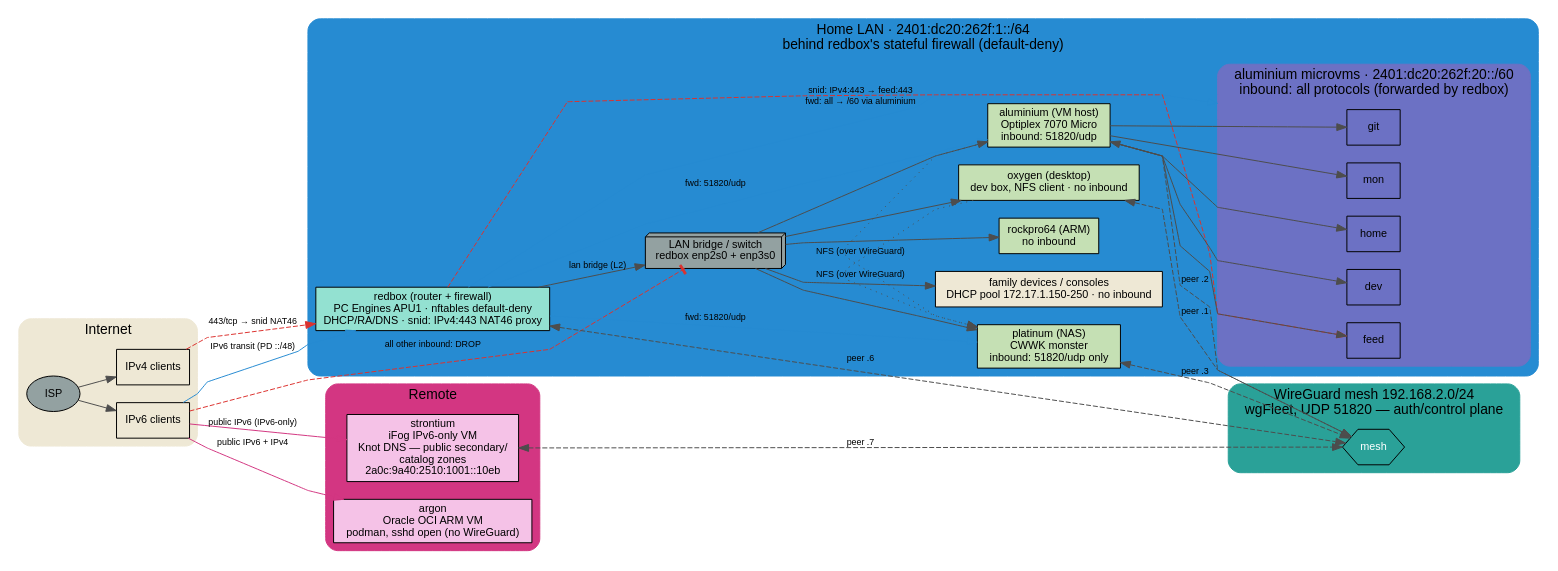
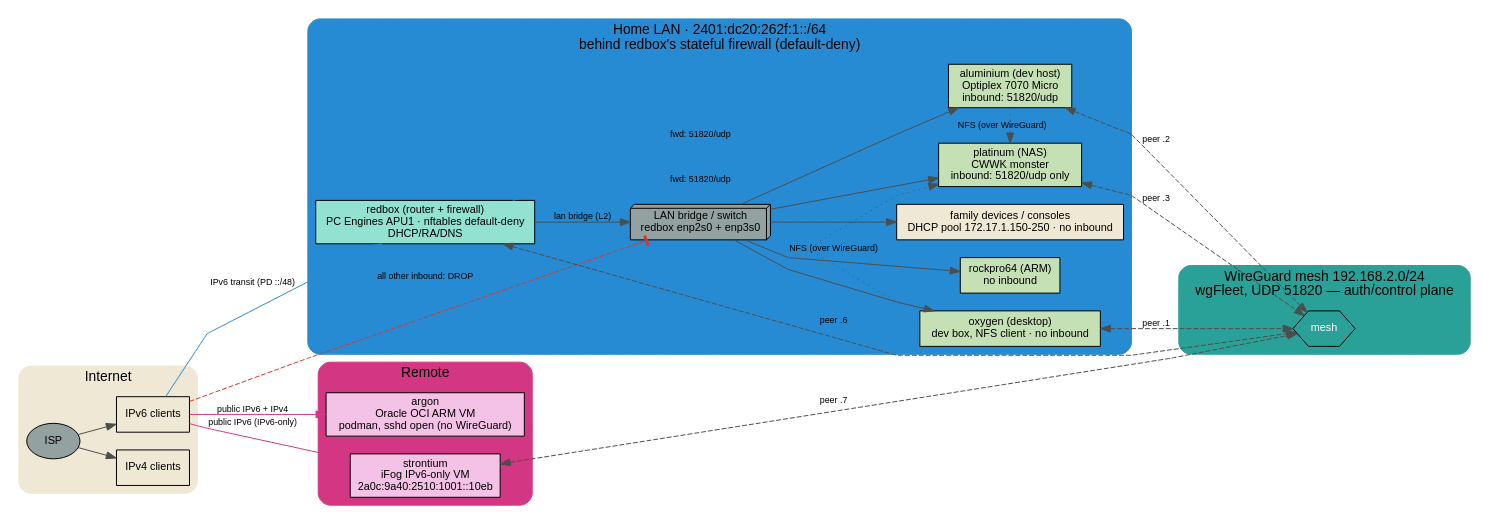
Before and after one commit to tomfitzhenry/fleet: the diagram in docs/network.dot, drawn with Graphviz. The commit also changed 10 other files, not shown here.

```diff
--- a/docs/network.dot
+++ b/docs/network.dot
@@ -1,98 +1,82 @@
 digraph network {
   rankdir=LR;
   compound=true;
   splines=polyline;
   fontname="sans-serif";
   node [shape=box, fontname="sans-serif", fontsize=11];
   edge [fontname="sans-serif", fontsize=9, color=gray30];
 
   // ---------------------------------------------------------------- Internet
   subgraph cluster_internet {
     label="Internet";
     style="filled,rounded";
     color="#eee8d5";
     isp [label="ISP", shape=ellipse, style="filled", fillcolor="#93a1a1"];
     v4 [label="IPv4 clients", style="filled", fillcolor="#eee8d5"];
     v6 [label="IPv6 clients", style="filled", fillcolor="#eee8d5"];
   }
 
   // ---------------------------------------------------------------- Home LAN
   subgraph cluster_home {
     label="Home LAN · 2401:dc20:262f:1::/64\nbehind redbox's stateful firewall (default-deny)";
     style="filled,rounded";
     color="#268bd2";
 
-    redbox [label="redbox (router + firewall)\nPC Engines APU1 · nftables default-deny\nDHCP/RA/DNS · snid: IPv4:443 NAT46 proxy", style="filled", fillcolor="#93e1d1"];
+    redbox [label="redbox (router + firewall)\nPC Engines APU1 · nftables default-deny\nDHCP/RA/DNS", style="filled", fillcolor="#93e1d1"];
     lan [label="LAN bridge / switch\nredbox enp2s0 + enp3s0", shape=box3d, style="filled", fillcolor="#93a1a1"];
-    aluminium [label="aluminium (VM host)\nOptiplex 7070 Micro\ninbound: 51820/udp", style="filled", fillcolor="#c5e0b4"];
+    aluminium [label="aluminium (dev host)\nOptiplex 7070 Micro\ninbound: 51820/udp", style="filled", fillcolor="#c5e0b4"];
     platinum [label="platinum (NAS)\nCWWK monster\ninbound: 51820/udp only", style="filled", fillcolor="#c5e0b4"];
     oxygen [label="oxygen (desktop)\ndev box, NFS client · no inbound", style="filled", fillcolor="#c5e0b4"];
     rockpro64 [label="rockpro64 (ARM)\nno inbound", style="filled", fillcolor="#c5e0b4"];
     family [label="family devices / consoles\nDHCP pool 172.17.1.150-250 · no inbound", style="filled", fillcolor="#eee8d5"];
-
-    subgraph cluster_vms {
-      label="aluminium microvms · 2401:dc20:262f:20::/60\ninbound: all protocols (forwarded by redbox)";
-      style="filled,rounded";
-      color="#6c71c4";
-      git; feed; dev; home; mon;
-    }
 
     redbox -> lan [label="lan bridge (L2)"];
     lan -> aluminium;
     lan -> platinum;
     lan -> oxygen;
     lan -> rockpro64;
     lan -> family;
-
-    aluminium -> git;
-    aluminium -> feed;
-    aluminium -> dev;
-    aluminium -> home;
-    aluminium -> mon;
   }
 
   // ---------------------------------------------------------------- WireGuard
   subgraph cluster_wg {
     label="WireGuard mesh 192.168.2.0/24\nwgFleet, UDP 51820 — auth/control plane";
     style="filled,rounded";
     color="#2aa198";
     mesh [label="mesh", shape=hexagon, style="filled", fillcolor="#2aa198", fontcolor="white"];
   }
 
   // ---------------------------------------------------------------- Remote
   subgraph cluster_remote {
     label="Remote";
     style="filled,rounded";
     color="#d33682";
     argon [label="argon\nOracle OCI ARM VM\npodman, sshd open (no WireGuard)", style="filled", fillcolor="#f5c2e7"];
-    strontium [label="strontium\niFog IPv6-only VM\nKnot DNS — public secondary/\ncatalog zones\n2a0c:9a40:2510:1001::10eb", style="filled", fillcolor="#f5c2e7"];
+    strontium [label="strontium\niFog IPv6-only VM\n2a0c:9a40:2510:1001::10eb", style="filled", fillcolor="#f5c2e7"];
   }
 
   // ---------------------------------------------------------------- Edges
   isp -> v4;
   isp -> v6;
 
-  v4 -> redbox [label="443/tcp → snid NAT46", style=dashed, color="#dc322f"];
   v6 -> redbox [label="IPv6 transit (PD ::/48)", color="#268bd2"];
 
   // The only inbound forwards redbox allows (networking.firewall.extraForwardRules).
   redbox -> aluminium [label="fwd: 51820/udp", color="#268bd2"];
   redbox -> platinum [label="fwd: 51820/udp", color="#268bd2"];
-  redbox -> git [label="fwd: all → /60 via aluminium", lhead=cluster_vms, color="#268bd2"];
-  redbox -> feed [label="snid: IPv4:443 → feed:443", style=dashed, color="#dc322f", constraint=false];
 
   // Everything else inbound is dropped at the firewall.
   v6 -> lan [label="all other inbound: DROP", style=dashed, color="#dc322f", arrowhead=tee, constraint=false];
 
   v6 -> argon [label="public IPv6 + IPv4", color="#d33682"];
   v6 -> strontium [label="public IPv6 (IPv6-only)", color="#d33682"];
 
   redbox -> mesh [label="peer .6", style=dashed, dir=both];
   aluminium -> mesh [label="peer .2", style=dashed, dir=both];
   platinum -> mesh [label="peer .3", style=dashed, dir=both];
   oxygen -> mesh [label="peer .1", style=dashed, dir=both];
   strontium -> mesh [label="peer .7", style=dashed, dir=both];
 
   aluminium -> platinum [label="NFS (over WireGuard)", style=dotted, constraint=false];
   oxygen -> platinum [label="NFS (over WireGuard)", style=dotted, constraint=false];
 }
```
